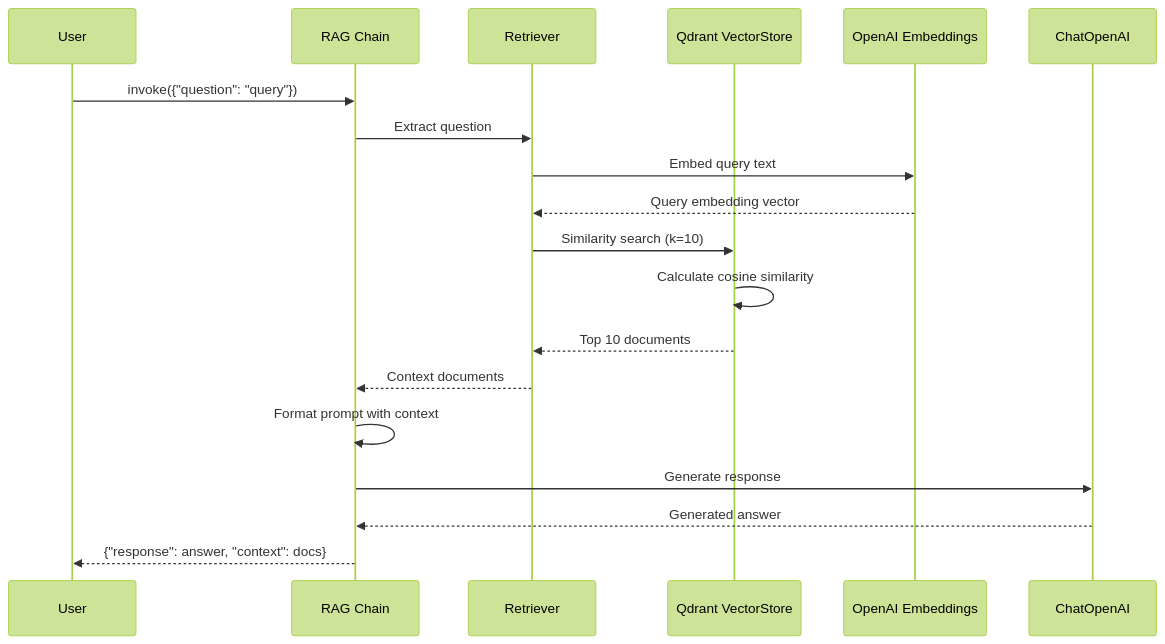
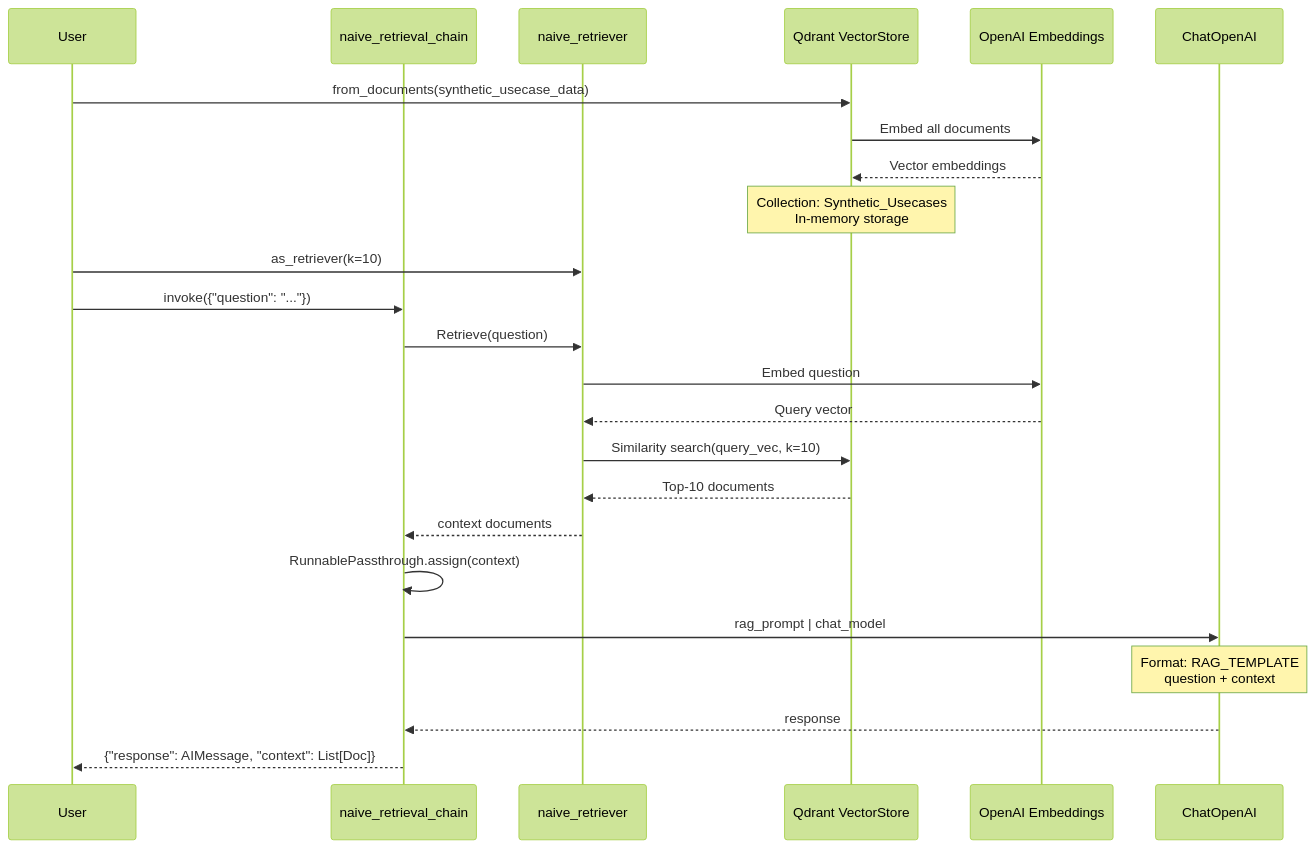
One commit to don-aie-cohort8/aie8-s09-adv-retrieval changed the fourth of 12 diagrams in architecture/docs/03_data_flows.md. Above: the diagram before and after it, drawn with Mermaid (forest theme). The commit also changed other lines of this file and 11 other files, not shown here.

````diff
--- a/architecture/docs/03_data_flows.md
+++ b/architecture/docs/03_data_flows.md
@@ -68,22 +204,30 @@
 ```mermaid
 sequenceDiagram
     participant User
-    participant Chain as RAG Chain
-    participant Retriever
-    participant VectorStore as Qdrant VectorStore
-    participant Embeddings as OpenAI Embeddings
+    participant Chain as naive_retrieval_chain
+    participant Ret as naive_retriever
+    participant VS as Qdrant VectorStore
+    participant Emb as OpenAI Embeddings
     participant LLM as ChatOpenAI
 
-    User->>Chain: invoke({"question": "query"})
-    Chain->>Retriever: Extract question
-    Retriever->>Embeddings: Embed query text
-    Embeddings-->>Retriever: Query embedding vector
-    Retriever->>VectorStore: Similarity search (k=10)
-    VectorStore->>VectorStore: Calculate cosine similarity
-    VectorStore-->>Retriever: Top 10 documents
-    Retriever-->>Chain: Context documents
-    Chain->>Chain: Format prompt with context
-    Chain->>LLM: Generate response
-    LLM-->>Chain: Generated answer
-    Chain-->>User: {"response": answer, "context": docs}
+    User->>VS: from_documents(synthetic_usecase_data)
+    VS->>Emb: Embed all documents
+    Emb-->>VS: Vector embeddings
+    Note over VS: Collection: Synthetic_Usecases<br/>In-memory storage
+
+    User->>Ret: as_retriever(k=10)
+
+    User->>Chain: invoke({"question": "..."})
+    Chain->>Ret: Retrieve(question)
+    Ret->>Emb: Embed question
+    Emb-->>Ret: Query vector
+    Ret->>VS: Similarity search(query_vec, k=10)
+    VS-->>Ret: Top-10 documents
+    Ret-->>Chain: context documents
+
+    Chain->>Chain: RunnablePassthrough.assign(context)
+    Chain->>LLM: rag_prompt | chat_model
+    Note over LLM: Format: RAG_TEMPLATE<br/>question + context
+    LLM-->>Chain: response
+    Chain-->>User: {"response": AIMessage, "context": List[Doc]}
 ```
````
